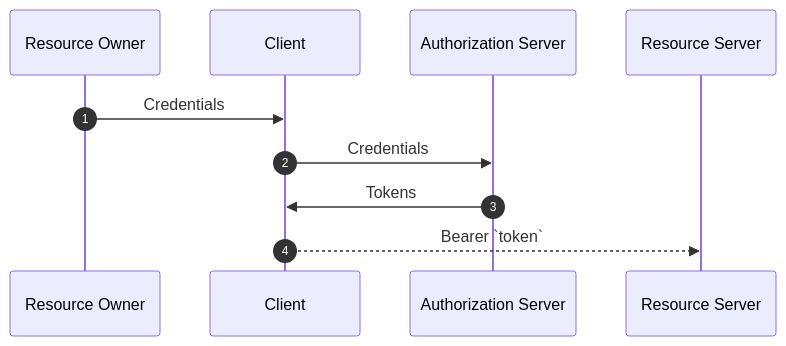
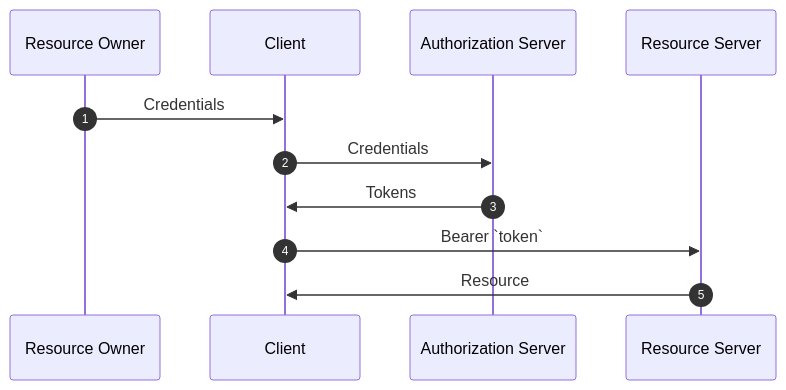
The diagram in docs/index.md (m-thirumal/oauth-authorization-server), drawn with Mermaid before and after one commit.

````diff
--- a/docs/index.md
+++ b/docs/index.md
@@ -9,9 +9,10 @@
 ``` mermaid
 sequenceDiagram
   autonumber
   Resource Owner->>Client: Credentials
   Client->>Authorization Server: Credentials
   Authorization Server->>Client: Tokens
-  Client-->>Resource Server: Bearer `token`
+  Client->>Resource Server: Bearer `token`
+  Resource Server->>Client: Resource
 
 ```
````
